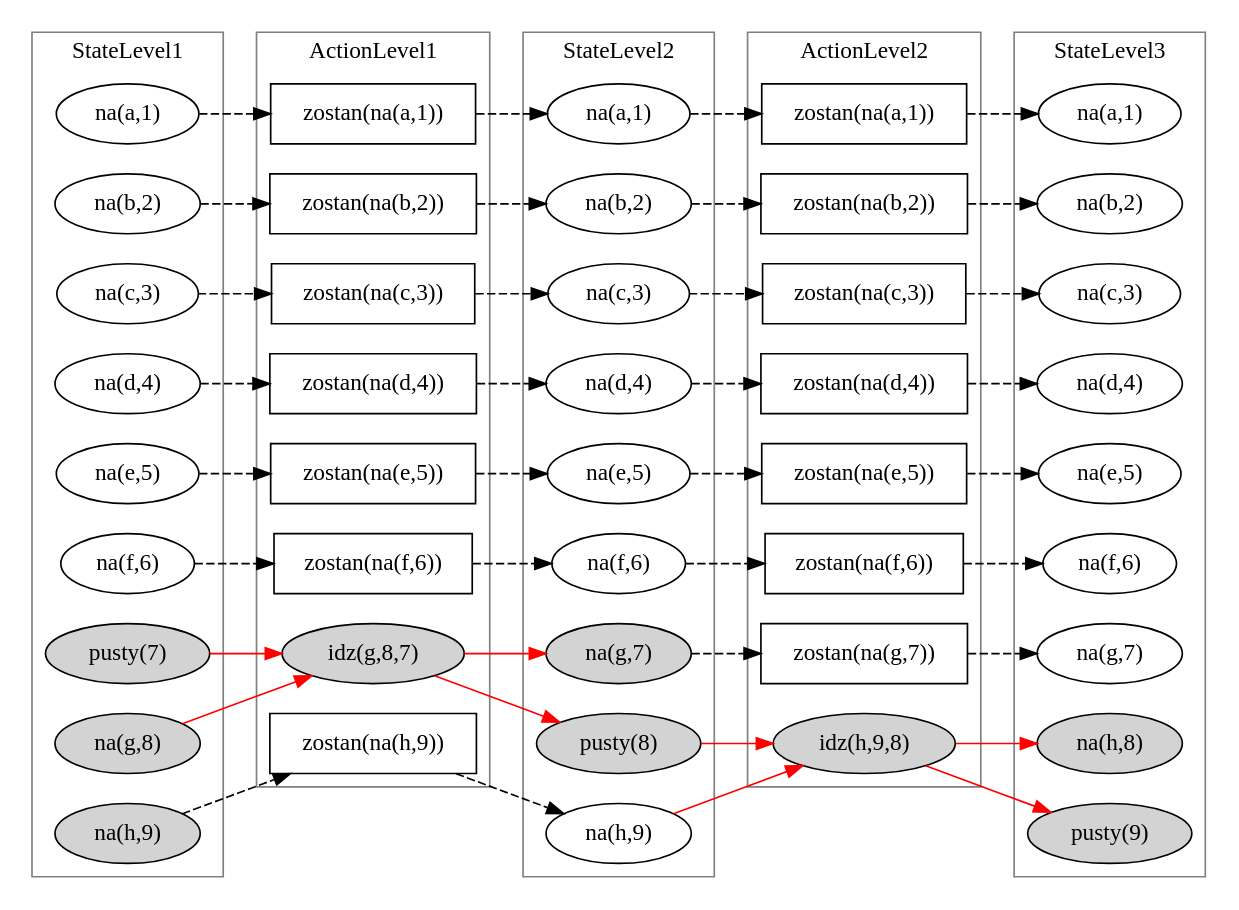
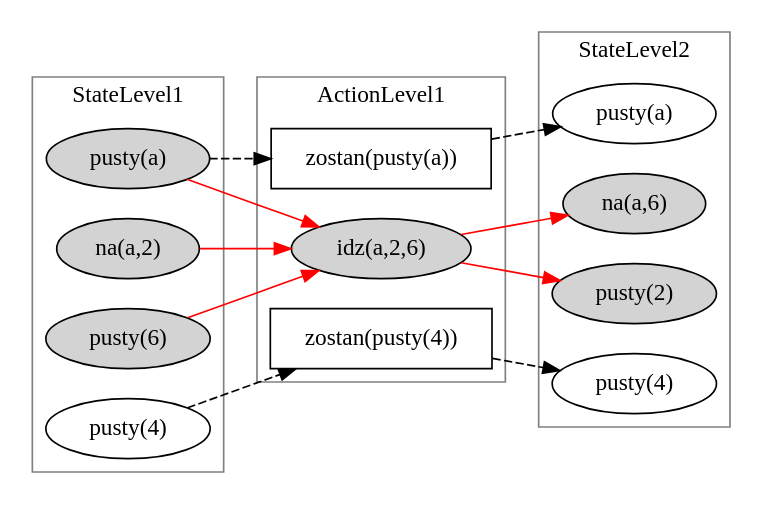
The diagram in Inzynierka/sources/graphs/SIMPLE_GRAPHPLAN.gv (41761707/Inzynierka), drawn with Graphviz before and after one commit. The commit also changed 9 other files, not shown here.

```diff
--- a/Inzynierka/sources/graphs/SIMPLE_GRAPHPLAN.gv
+++ b/Inzynierka/sources/graphs/SIMPLE_GRAPHPLAN.gv
@@ -1,104 +1,36 @@
 digraph G {
 	subgraph cluster_StateLevel1 {
 		color=gray
 		label=StateLevel1
-		"na(a,1)1" [label="na(a,1)" shape=oval]
-		"na(b,2)1" [label="na(b,2)" shape=oval]
-		"na(c,3)1" [label="na(c,3)" shape=oval]
-		"na(d,4)1" [label="na(d,4)" shape=oval]
-		"na(e,5)1" [label="na(e,5)" shape=oval]
-		"na(f,6)1" [label="na(f,6)" shape=oval]
-		"pusty(7)1" [label="pusty(7)" colorfill=red shape=oval style=filled]
-		"na(g,8)1" [label="na(g,8)" colorfill=red shape=oval style=filled]
-		"na(h,9)1" [label="na(h,9)" colorfill=red shape=oval style=filled]
+		"pusty(a)1" [label="pusty(a)" colorfill=red shape=oval style=filled]
+		"na(a,2)1" [label="na(a,2)" colorfill=red shape=oval style=filled]
+		"pusty(4)1" [label="pusty(4)" shape=oval]
+		"pusty(6)1" [label="pusty(6)" colorfill=red shape=oval style=filled]
 	}
 	subgraph cluster_ActionLevel1 {
 		color=gray
 		label=ActionLevel1
-		"zostan(na(h,9))1" [label="zostan(na(h,9))" shape=box]
-		"zostan(na(f,6))1" [label="zostan(na(f,6))" shape=box]
-		"zostan(na(e,5))1" [label="zostan(na(e,5))" shape=box]
-		"zostan(na(d,4))1" [label="zostan(na(d,4))" shape=box]
-		"zostan(na(c,3))1" [label="zostan(na(c,3))" shape=box]
-		"zostan(na(b,2))1" [label="zostan(na(b,2))" shape=box]
-		"zostan(na(a,1))1" [label="zostan(na(a,1))" shape=box]
-		"idz(g,8,7)1" [label="idz(g,8,7)" colorfill=red shape=oval style=filled]
-		"zostan(na(a,1))1" [label="zostan(na(a,1))" shape=box]
+		"zostan(pusty(4))1" [label="zostan(pusty(4))" shape=box]
+		"zostan(pusty(a))1" [label="zostan(pusty(a))" shape=box]
+		"idz(a,2,6)1" [label="idz(a,2,6)" colorfill=red shape=oval style=filled]
+		"zostan(pusty(a))1" [label="zostan(pusty(a))" shape=box]
 	}
-	"na(h,9)1" -> "zostan(na(h,9))1" [style=dashed]
-	"zostan(na(h,9))1" -> "na(h,9)2" [style=dashed]
-	"na(f,6)1" -> "zostan(na(f,6))1" [style=dashed]
-	"zostan(na(f,6))1" -> "na(f,6)2" [style=dashed]
-	"na(e,5)1" -> "zostan(na(e,5))1" [style=dashed]
-	"zostan(na(e,5))1" -> "na(e,5)2" [style=dashed]
-	"na(d,4)1" -> "zostan(na(d,4))1" [style=dashed]
-	"zostan(na(d,4))1" -> "na(d,4)2" [style=dashed]
-	"na(c,3)1" -> "zostan(na(c,3))1" [style=dashed]
-	"zostan(na(c,3))1" -> "na(c,3)2" [style=dashed]
-	"na(b,2)1" -> "zostan(na(b,2))1" [style=dashed]
-	"zostan(na(b,2))1" -> "na(b,2)2" [style=dashed]
-	"na(a,1)1" -> "zostan(na(a,1))1" [style=dashed]
-	"zostan(na(a,1))1" -> "na(a,1)2" [style=dashed]
-	"na(g,8)1" -> "idz(g,8,7)1" [color=red]
-	"pusty(7)1" -> "idz(g,8,7)1" [color=red]
-	"idz(g,8,7)1" -> "na(g,7)2" [color=red]
-	"idz(g,8,7)1" -> "pusty(8)2" [color=red]
+	"pusty(4)1" -> "zostan(pusty(4))1" [style=dashed]
+	"zostan(pusty(4))1" -> "pusty(4)2" [style=dashed]
+	"pusty(a)1" -> "zostan(pusty(a))1" [style=dashed]
+	"zostan(pusty(a))1" -> "pusty(a)2" [style=dashed]
+	"pusty(a)1" -> "idz(a,2,6)1" [color=red]
+	"pusty(6)1" -> "idz(a,2,6)1" [color=red]
+	"na(a,2)1" -> "idz(a,2,6)1" [color=red]
+	"idz(a,2,6)1" -> "na(a,6)2" [color=red]
+	"idz(a,2,6)1" -> "pusty(2)2" [color=red]
 	subgraph cluster_StateLevel2 {
 		color=gray
 		label=StateLevel2
-		"na(h,9)2" [label="na(h,9)" shape=oval]
-		"na(f,6)2" [label="na(f,6)" shape=oval]
-		"na(e,5)2" [label="na(e,5)" shape=oval]
-		"na(d,4)2" [label="na(d,4)" shape=oval]
-		"na(c,3)2" [label="na(c,3)" shape=oval]
-		"na(b,2)2" [label="na(b,2)" shape=oval]
-		"na(a,1)2" [label="na(a,1)" shape=oval]
-		"pusty(8)2" [label="pusty(8)" colorfill=red shape=oval style=filled]
-		"na(g,7)2" [label="na(g,7)" colorfill=red shape=oval style=filled]
-	}
-	subgraph cluster_ActionLevel2 {
-		color=gray
-		label=ActionLevel2
-		"zostan(na(g,7))2" [label="zostan(na(g,7))" shape=box]
-		"zostan(na(a,1))2" [label="zostan(na(a,1))" shape=box]
-		"zostan(na(b,2))2" [label="zostan(na(b,2))" shape=box]
-		"zostan(na(c,3))2" [label="zostan(na(c,3))" shape=box]
-		"zostan(na(d,4))2" [label="zostan(na(d,4))" shape=box]
-		"zostan(na(e,5))2" [label="zostan(na(e,5))" shape=box]
-		"zostan(na(f,6))2" [label="zostan(na(f,6))" shape=box]
-		"idz(h,9,8)2" [label="idz(h,9,8)" colorfill=red shape=oval style=filled]
-		"zostan(na(a,1))2" [label="zostan(na(a,1))" shape=box]
-	}
-	"na(g,7)2" -> "zostan(na(g,7))2" [style=dashed]
-	"zostan(na(g,7))2" -> "na(g,7)3" [style=dashed]
-	"na(a,1)2" -> "zostan(na(a,1))2" [style=dashed]
-	"zostan(na(a,1))2" -> "na(a,1)3" [style=dashed]
-	"na(b,2)2" -> "zostan(na(b,2))2" [style=dashed]
-	"zostan(na(b,2))2" -> "na(b,2)3" [style=dashed]
-	"na(c,3)2" -> "zostan(na(c,3))2" [style=dashed]
-	"zostan(na(c,3))2" -> "na(c,3)3" [style=dashed]
-	"na(d,4)2" -> "zostan(na(d,4))2" [style=dashed]
-	"zostan(na(d,4))2" -> "na(d,4)3" [style=dashed]
-	"na(e,5)2" -> "zostan(na(e,5))2" [style=dashed]
-	"zostan(na(e,5))2" -> "na(e,5)3" [style=dashed]
-	"na(f,6)2" -> "zostan(na(f,6))2" [style=dashed]
-	"zostan(na(f,6))2" -> "na(f,6)3" [style=dashed]
-	"na(h,9)2" -> "idz(h,9,8)2" [color=red]
-	"pusty(8)2" -> "idz(h,9,8)2" [color=red]
-	"idz(h,9,8)2" -> "na(h,8)3" [color=red]
-	"idz(h,9,8)2" -> "pusty(9)3" [color=red]
-	subgraph cluster_StateLevel3 {
-		color=gray
-		label=StateLevel3
-		"na(g,7)3" [label="na(g,7)" shape=oval]
-		"na(a,1)3" [label="na(a,1)" shape=oval]
-		"na(b,2)3" [label="na(b,2)" shape=oval]
-		"na(c,3)3" [label="na(c,3)" shape=oval]
-		"na(d,4)3" [label="na(d,4)" shape=oval]
-		"na(e,5)3" [label="na(e,5)" shape=oval]
-		"na(f,6)3" [label="na(f,6)" shape=oval]
-		"pusty(9)3" [label="pusty(9)" colorfill=red shape=oval style=filled]
-		"na(h,8)3" [label="na(h,8)" colorfill=red shape=oval style=filled]
+		"pusty(4)2" [label="pusty(4)" shape=oval]
+		"pusty(a)2" [label="pusty(a)" shape=oval]
+		"pusty(2)2" [label="pusty(2)" colorfill=red shape=oval style=filled]
+		"na(a,6)2" [label="na(a,6)" colorfill=red shape=oval style=filled]
 	}
 	rankdir=LR
 }
```
